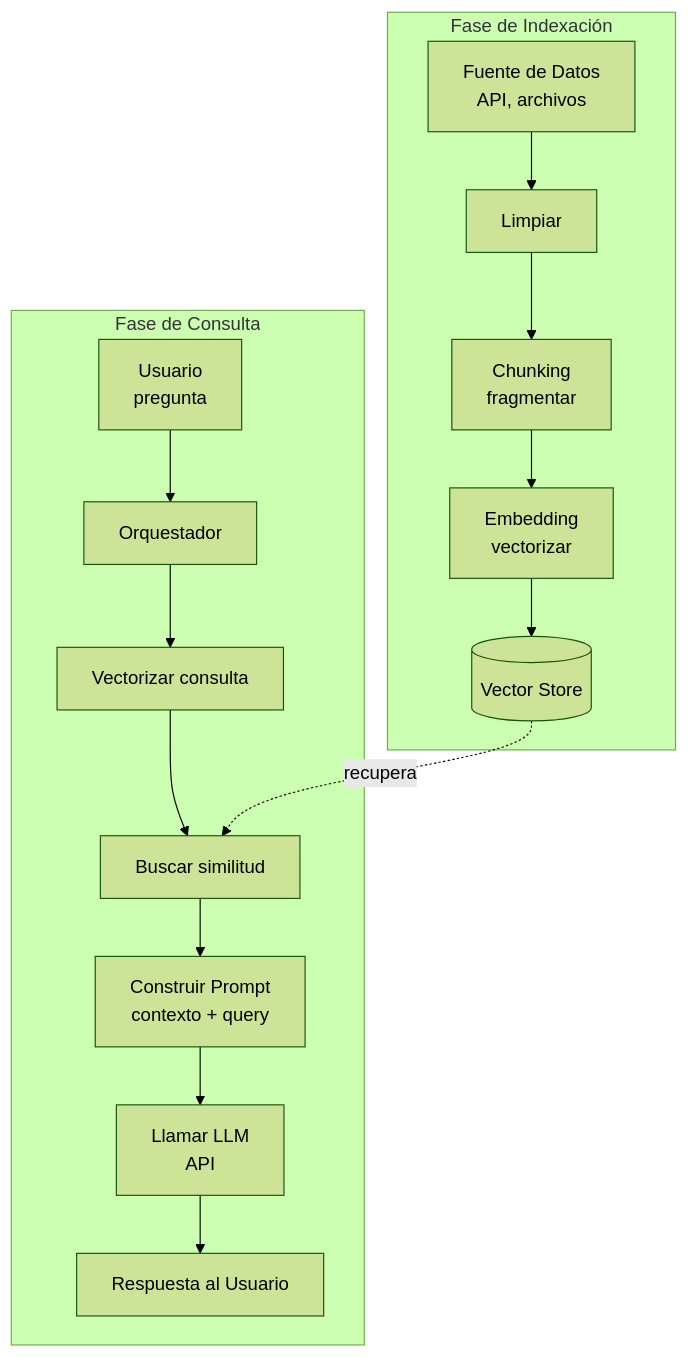
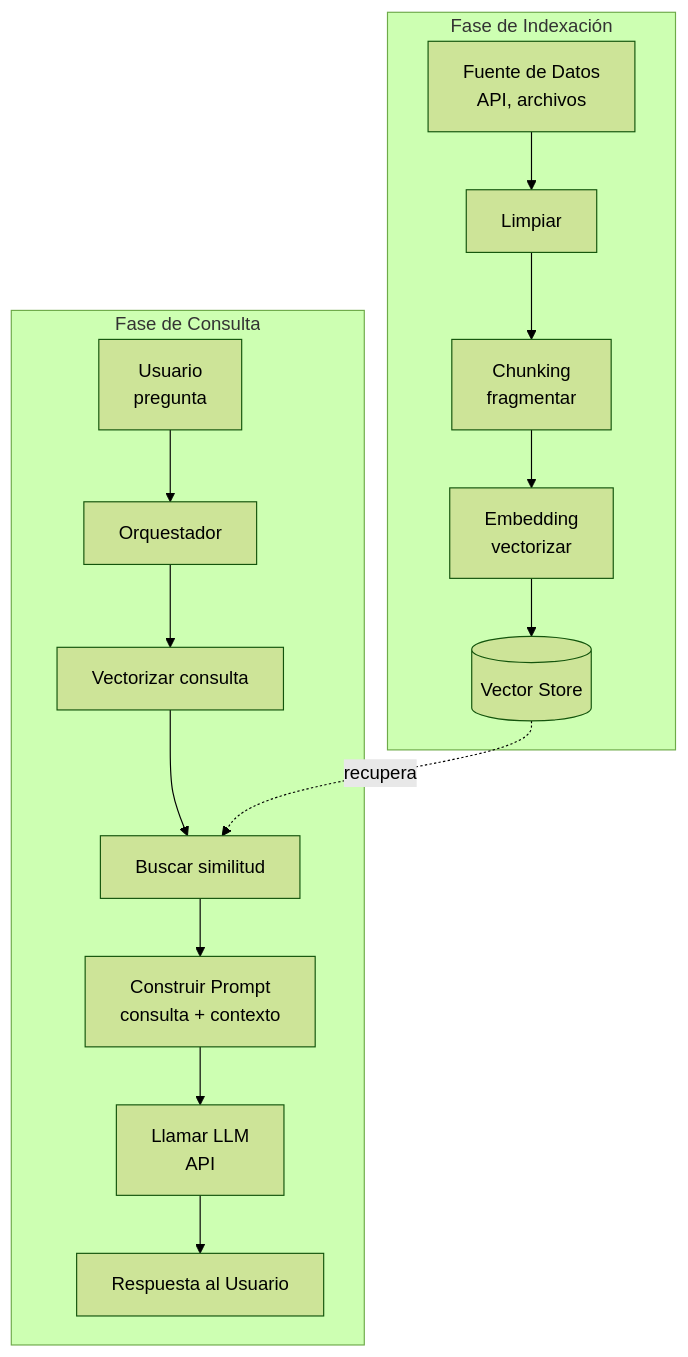
Before and after one commit to lf-hernandez/lf-hernandez.github.io: the first of 2 diagrams in content/posts/simple-rag.es.md, drawn with Mermaid (forest theme). The commit also changed other lines of this file, not shown here.

Commit message:
content(rag-es): fix diagram label and minor Spanish style

````diff
--- a/content/posts/simple-rag.es.md
+++ b/content/posts/simple-rag.es.md
@@ -48,19 +48,19 @@
 ```mermaid
 flowchart TB
     subgraph Indexacion["Fase de Indexación"]
         A[Fuente de Datos<br/>API, archivos] --> B[Limpiar]
         B --> C[Chunking<br/>fragmentar]
         C --> D[Embedding<br/>vectorizar]
         D --> E[(Vector Store)]
     end
 
     subgraph Consulta["Fase de Consulta"]
         U[Usuario<br/>pregunta] --> S[Orquestador]
         S --> Q[Vectorizar consulta]
         Q --> R[Buscar similitud]
         E -.recupera.-> R
-        R --> P[Construir Prompt<br/>contexto + query]
+        R --> P[Construir Prompt<br/>consulta + contexto]
         P --> L[Llamar LLM<br/>API]
         L --> Resp[Respuesta al Usuario]
     end
 ```
````
